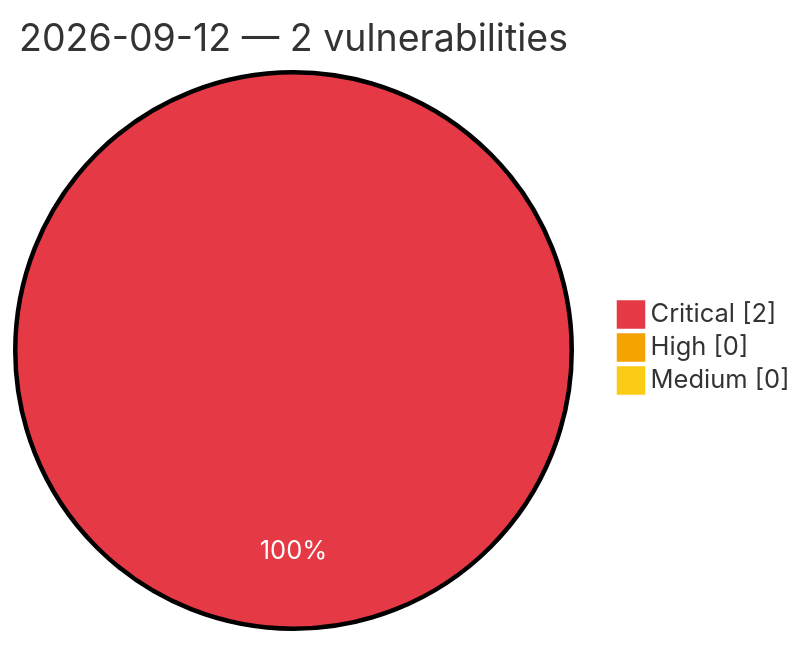
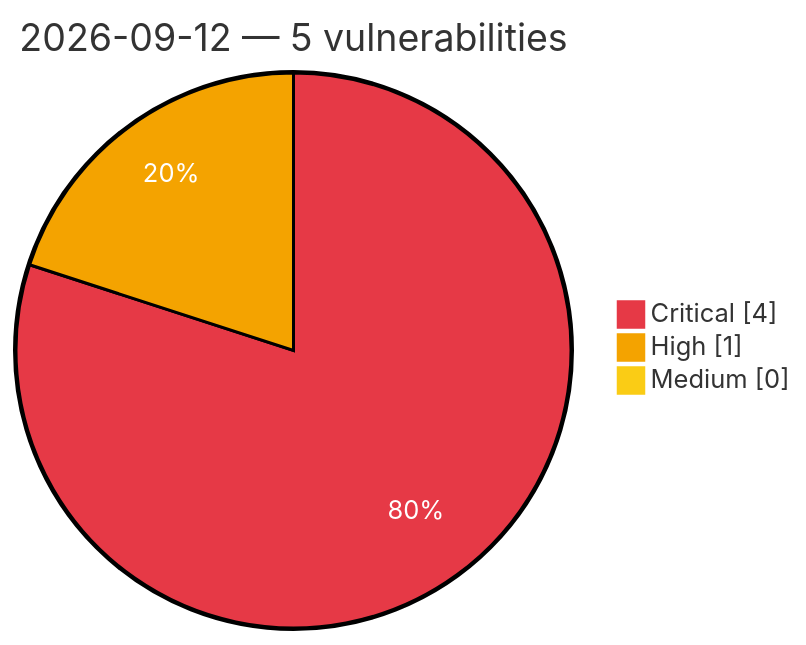
Before and after one commit to GhostX0X/vuln-tracker: the diagram in vulnerabilities/2026/September/2026-09-12.md, drawn with Mermaid. The commit also changed other lines of this file and 5 other files, not shown here.

Commit message:
Auto update: critical/high vulns (2026-09-12 10:45 UTC)

````diff
--- a/vulnerabilities/2026/September/2026-09-12.md
+++ b/vulnerabilities/2026/September/2026-09-12.md
@@ -3,8 +3,8 @@
 ```mermaid
 %%{init: {'theme':'base', 'themeVariables': {'pie1':'#e63946', 'pie2':'#f4a300', 'pie3':'#facc15', 'pieOpacity':'1', 'pieOuterStrokeWidth':'2px', 'pieSectionTextColor':'#ffffff'}}}%%
 pie showData
-    title 2026-09-12 — 2 vulnerabilities
-    "Critical" : 2
-    "High" : 0
+    title 2026-09-12 — 5 vulnerabilities
+    "Critical" : 4
+    "High" : 1
     "Medium" : 0
 ```
````
